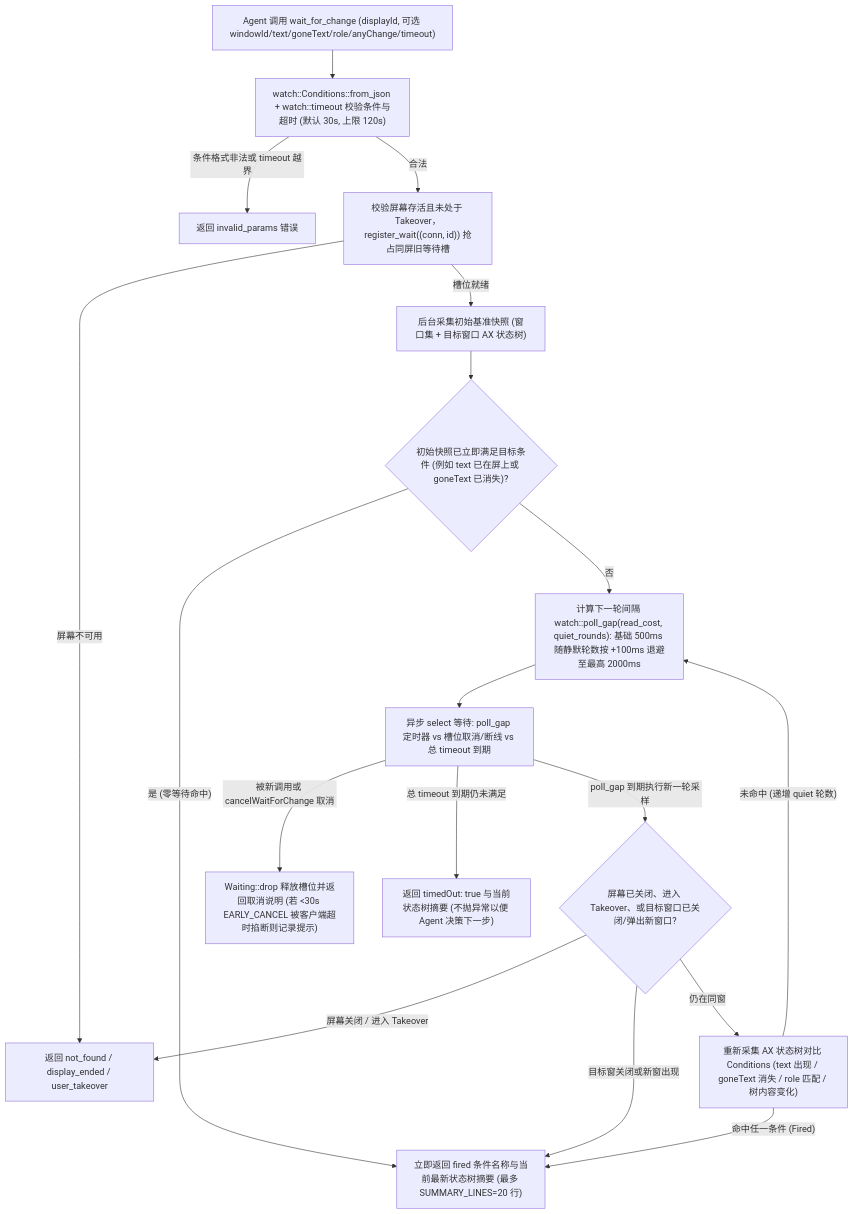
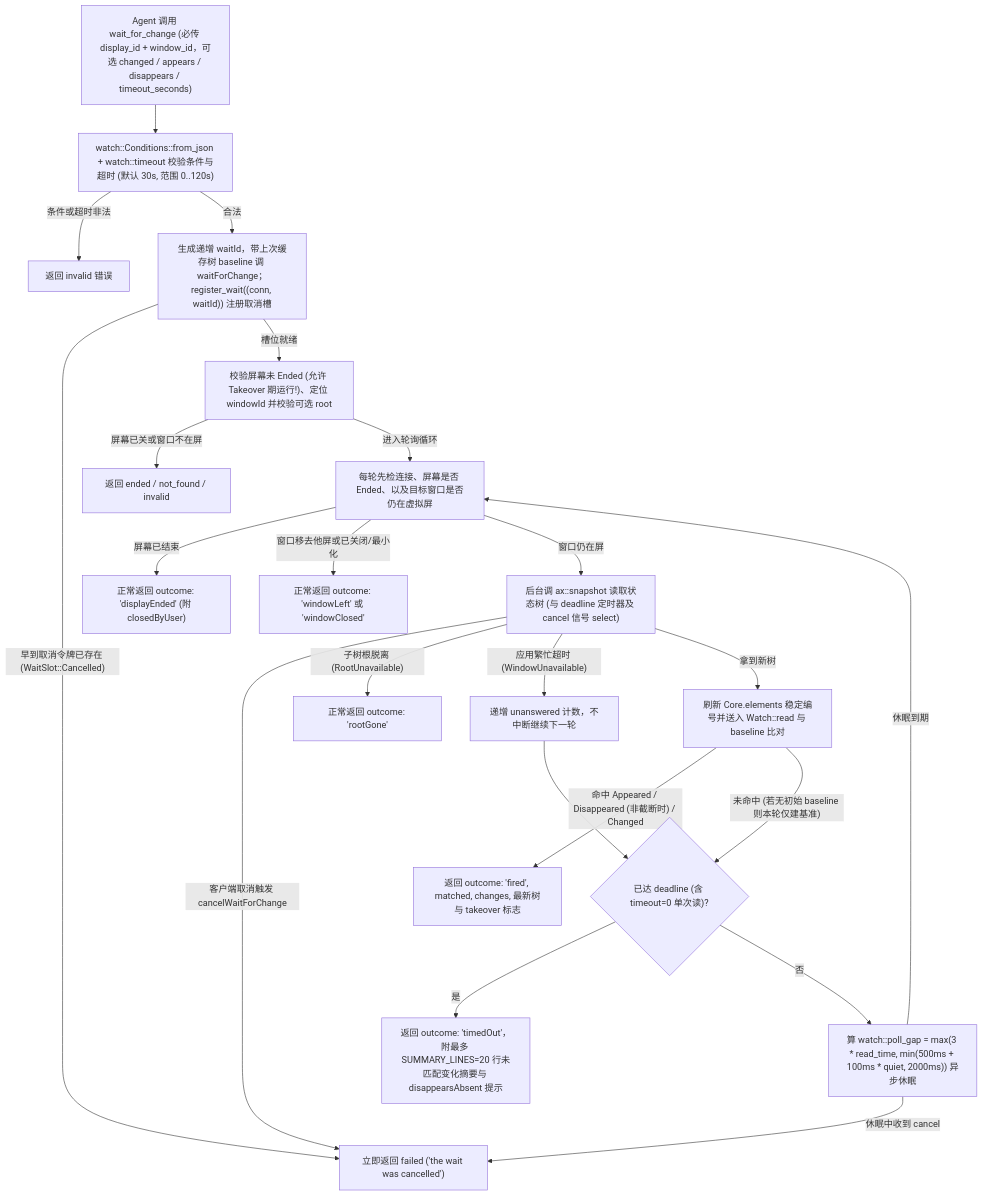
One commit to Fanzzzd/agent-screen changed the second of 2 diagrams in docs/flows/10-window-queries-and-wait.md. Above: the diagram before and after it, drawn with Mermaid. The commit also changed other lines of this file and 16 other files, not shown here.

First line of the commit message:
docs(docs): audit flow maps row by row with source quotes

````diff
--- a/docs/flows/10-window-queries-and-wait.md
+++ b/docs/flows/10-window-queries-and-wait.md
@@ -76,20 +71,24 @@
 ```mermaid
 flowchart TD
-    W1["Agent 调用 wait_for_change (displayId, 可选 windowId/text/goneText/role/anyChange/timeout)"] --> W2["watch::Conditions::from_json + watch::timeout 校验条件与超时 (默认 30s, 上限 120s)"]
-    W2 -->|"条件格式非法或 timeout 越界"| WX1["返回 invalid_params 错误"]
-    W2 -->|"合法"| W3["校验屏幕存活且未处于 Takeover，register_wait((conn, id)) 抢占同屏旧等待槽"]
-    W3 -->|"屏幕不可用"| WX2["返回 not_found / display_ended / user_takeover"]
-    W3 -->|"槽位就绪"| W4["后台采集初始基准快照 (窗口集 + 目标窗口 AX 状态树)"]
-    W4 --> W5{"初始快照已立即满足目标条件 (例如 text 已在屏上或 goneText 已消失)?"}
-    W5 -->|"是 (零等待命中)"| WR1["立即返回 fired 条件名称与当前最新状态树摘要 (最多 SUMMARY_LINES=20 行)"]
-    W5 -->|"否"| W6["计算下一轮间隔 watch::poll_gap(read_cost, quiet_rounds): 基础 500ms 随静默轮数按 +100ms 退避至最高 2000ms"]
-    W6 --> W7["异步 select 等待: poll_gap 定时器 vs 槽位取消/断线 vs 总 timeout 到期"]
-    W7 -->|"被新调用或 cancelWaitForChange 取消"| WX3["Waiting::drop 释放槽位并返回取消说明 (若 <30s EARLY_CANCEL 被客户端超时掐断则记录提示)"]
-    W7 -->|"总 timeout 到期仍未满足"| WR2["返回 timedOut: true 与当前状态树摘要 (不抛异常以便 Agent 决策下一步)"]
-    W7 -->|"poll_gap 到期执行新一轮采样"| W8{"屏幕已关闭、进入 Takeover、或目标窗口已关闭/弹出新窗口?"}
-    W8 -->|"屏幕关闭 / 进入 Takeover"| WX2
-    W8 -->|"目标窗关闭或新窗出现"| WR1
-    W8 -->|"仍在同窗"| W9["重新采集 AX 状态树对比 Conditions (text 出现 / goneText 消失 / role 匹配 / 树内容变化)"]
-    W9 -->|"命中任一条件 (Fired)"| WR1
-    W9 -->|"未命中 (递增 quiet 轮数)"| W6
+    W1["Agent 调用 wait_for_change (必传 display_id + window_id，可选 changed / appears / disappears / timeout_seconds)"] --> W2["watch::Conditions::from_json + watch::timeout 校验条件与超时 (默认 30s, 范围 0..120s)"]
+    W2 -->|"条件或超时非法"| WX1["返回 invalid 错误"]
+    W2 -->|"合法"| W3["生成递增 waitId，带上次缓存树 baseline 调 waitForChange；register_wait((conn, waitId)) 注册取消槽"]
+    W3 -->|"早到取消令牌已存在 (WaitSlot::Cancelled)"| WX3["立即返回 failed ('the wait was cancelled')"]
+    W3 -->|"槽位就绪"| W4["校验屏幕未 Ended (允许 Takeover 期运行!)、定位 windowId 并校验可选 root"]
+    W4 -->|"屏幕已关或窗口不在屏"| WX2["返回 ended / not_found / invalid"]
+    W4 -->|"进入轮询循环"| W5["每轮先检连接、屏幕是否 Ended、以及目标窗口是否仍在虚拟屏"]
+    W5 -->|"屏幕已结束"| WR_END["正常返回 outcome: 'displayEnded' (附 closedByUser)"]
+    W5 -->|"窗口移去他屏或已关闭/最小化"| WR_WIN["正常返回 outcome: 'windowLeft' 或 'windowClosed'"]
+    W5 -->|"窗口仍在屏"| W6["后台调 ax::snapshot 读取状态树 (与 deadline 定时器及 cancel 信号 select)"]
+    W6 -->|"客户端取消触发 cancelWaitForChange"| WX3
+    W6 -->|"子树根脱离 (RootUnavailable)"| WR_ROOT["正常返回 outcome: 'rootGone'"]
+    W6 -->|"应用繁忙超时 (WindowUnavailable)"| W_BUSY["递增 unanswered 计数，不中断继续下一轮"]
+    W6 -->|"拿到新树"| W7["刷新 Core.elements 稳定编号并送入 Watch::read 与 baseline 比对"]
+    W7 -->|"命中 Appeared / Disappeared (非截断时) / Changed"| WR1["返回 outcome: 'fired', matched, changes, 最新树与 takeover 标志"]
+    W7 -->|"未命中 (若无初始 baseline 则本轮仅建基准)"| W8{"已达 deadline (含 timeout=0 单次读)?"}
+    W_BUSY --> W8
+    W8 -->|"是"| WR2["返回 outcome: 'timedOut'，附最多 SUMMARY_LINES=20 行未匹配变化摘要与 disappearsAbsent 提示"]
+    W8 -->|"否"| W9["算 watch::poll_gap = max(3 * read_time, min(500ms + 100ms * quiet, 2000ms)) 异步休眠"]
+    W9 -->|"休眠中收到 cancel"| WX3
+    W9 -->|"休眠到期"| W5
 ```
````
